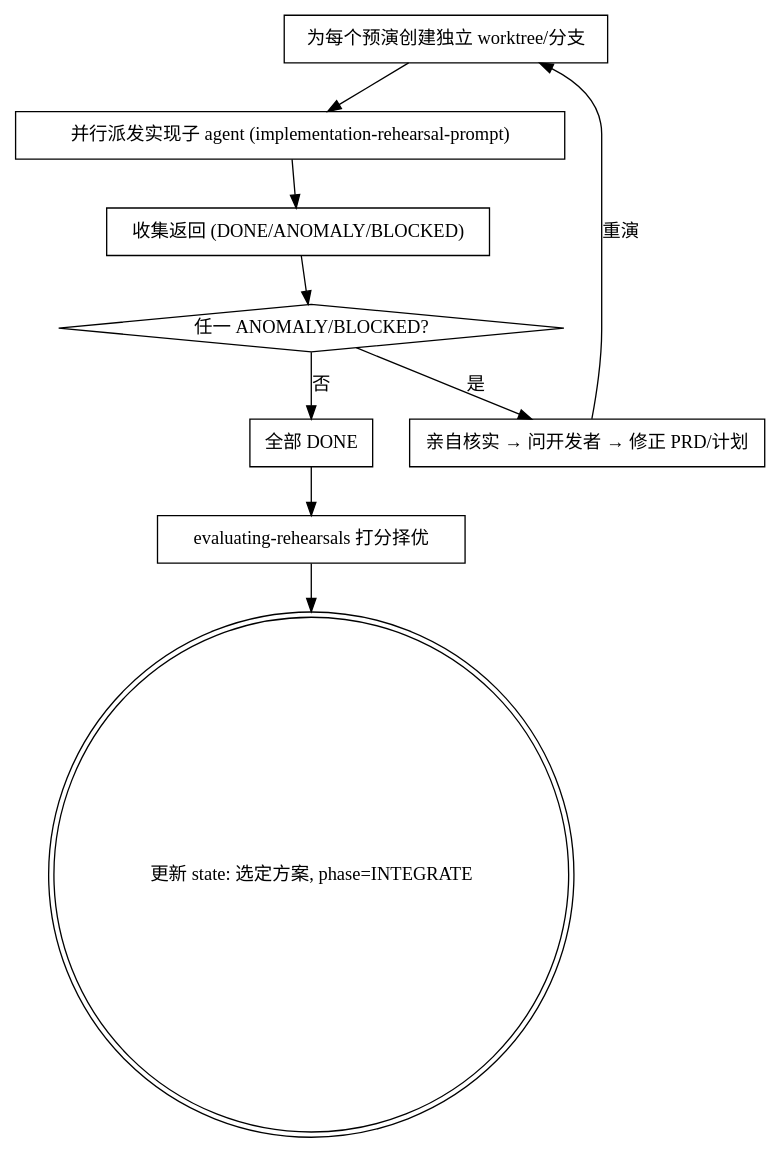
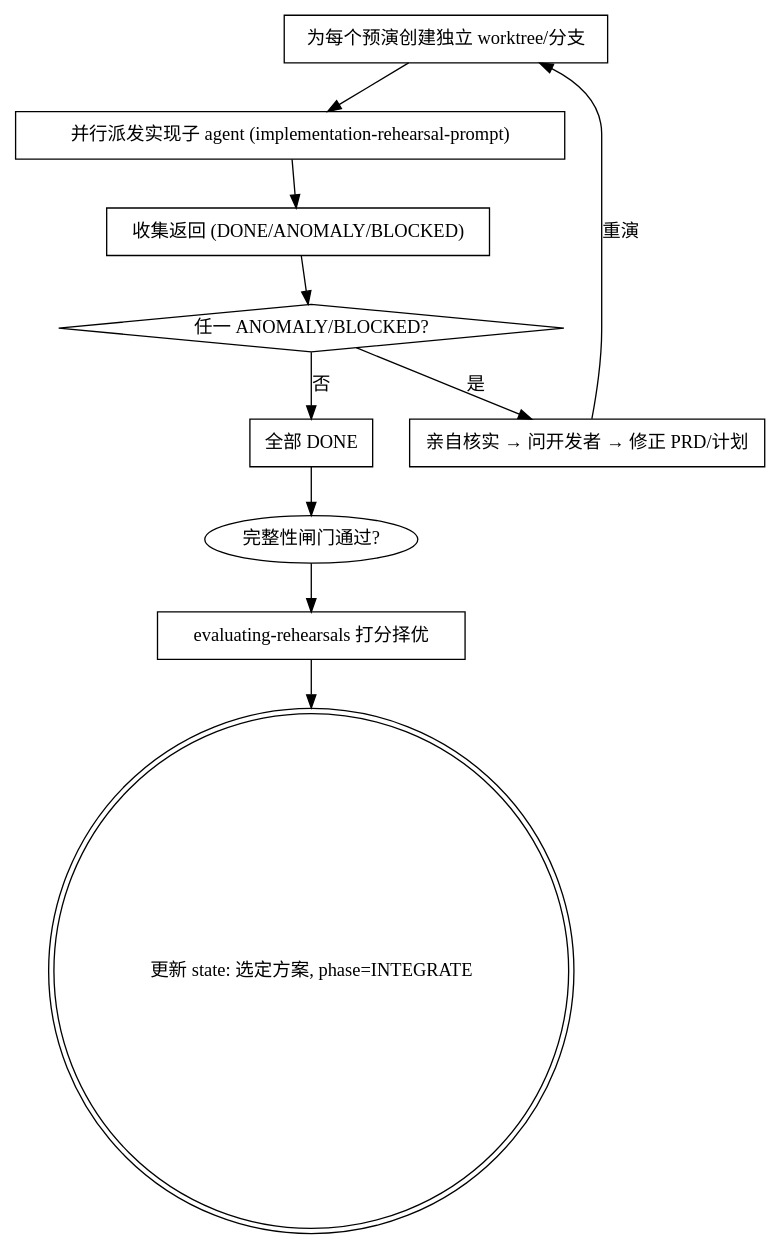
The diagram in plugins/sandtable/skills/implementation-rehearsal/SKILL.md (andoop/sandtable), drawn with Graphviz before and after one commit. The commit also changed other lines of this file and 198 other files, not shown here.

````diff
--- a/plugins/sandtable/skills/implementation-rehearsal/SKILL.md
+++ b/plugins/sandtable/skills/implementation-rehearsal/SKILL.md
@@ -25,18 +25,18 @@
 ```dot
 digraph impl {
   "为每个预演创建独立 worktree/分支" [shape=box];
   "并行派发实现子 agent (implementation-rehearsal-prompt)" [shape=box];
   "收集返回 (DONE/ANOMALY/BLOCKED)" [shape=box];
   "任一 ANOMALY/BLOCKED?" [shape=diamond];
   "亲自核实 → 问开发者 → 修正 PRD/计划" [shape=box];
   "全部 DONE" [shape=box];
   "evaluating-rehearsals 打分择优" [shape=box];
   "更新 state: 选定方案, phase=INTEGRATE" [shape=doublecircle];
 
   "为每个预演创建独立 worktree/分支" -> "并行派发实现子 agent (implementation-rehearsal-prompt)" -> "收集返回 (DONE/ANOMALY/BLOCKED)" -> "任一 ANOMALY/BLOCKED?";
   "任一 ANOMALY/BLOCKED?" -> "亲自核实 → 问开发者 → 修正 PRD/计划" [label="是"];
   "亲自核实 → 问开发者 → 修正 PRD/计划" -> "为每个预演创建独立 worktree/分支" [label="重演"];
   "任一 ANOMALY/BLOCKED?" -> "全部 DONE" [label="否"];
-  "全部 DONE" -> "evaluating-rehearsals 打分择优" -> "更新 state: 选定方案, phase=INTEGRATE";
+  "全部 DONE" -> "完整性闸门通过?" -> "evaluating-rehearsals 打分择优" -> "更新 state: 选定方案, phase=INTEGRATE";
 }
 ```
````
